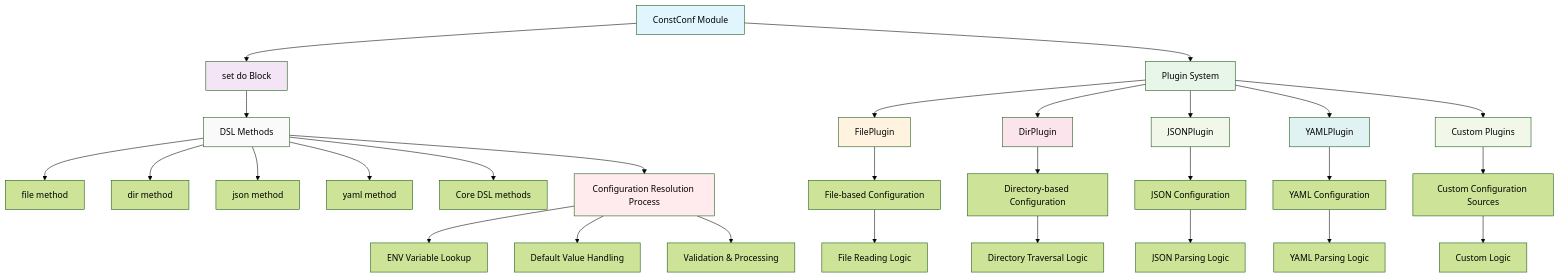
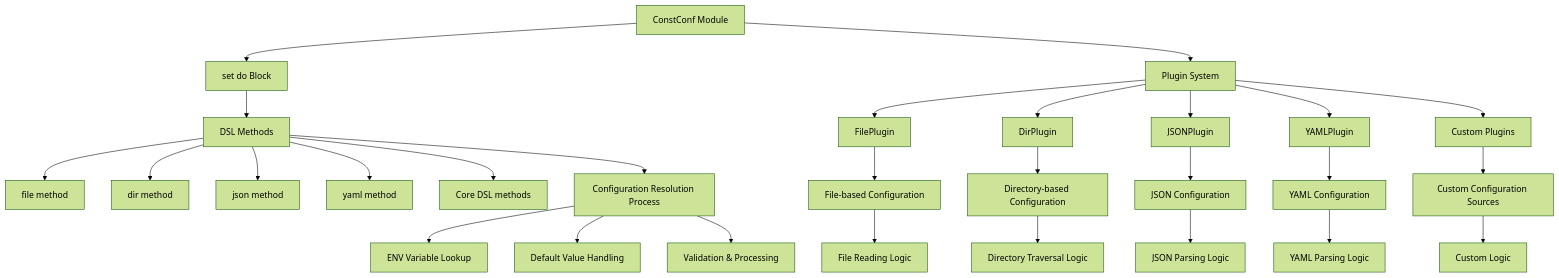
One commit to flori/const_conf changed the diagram in README.md. Above: the diagram before and after it, drawn with Mermaid (forest theme).

Commit message:
Add color to diagram node styles for better visibility
- Added `color:#07f` to all diagram node style definitions in `README.md`
- This improves text visibility on colored backgrounds in the flowchart
- Affects styling of nodes: A, B, C, D, E, F, G, H, I, Y

````diff
--- a/README.md
+++ b/README.md
@@ -217,46 +217,46 @@
 ```mermaid
 graph TD
     A[ConstConf Module] --> B[set do Block]
     A --> C[Plugin System]
 
     C --> D[FilePlugin]
     C --> E[DirPlugin]
     C --> F[JSONPlugin]
     C --> G[YAMLPlugin]
     C --> H[Custom Plugins]
 
     B --> I[DSL Methods]
     I --> J[file method]
     I --> K[dir method]
     I --> L[json method]
     I --> M[yaml method]
     I --> N[Core DSL methods]
 
     D --> O[File-based Configuration]
     E --> P[Directory-based Configuration]
     F --> Q[JSON Configuration]
     G --> R[YAML Configuration]
     H --> S[Custom Configuration Sources]
 
     O --> T[File Reading Logic]
     P --> U[Directory Traversal Logic]
     Q --> V[JSON Parsing Logic]
     R --> W[YAML Parsing Logic]
     S --> X[Custom Logic]
 
     I --> Y[Configuration Resolution Process]
     Y --> Z[ENV Variable Lookup]
     Y --> AA[Default Value Handling]
     Y --> AB[Validation & Processing]
 
-    style A fill:#e1f5fe
-    style B fill:#f3e5f5
-    style C fill:#e8f5e9
-    style D fill:#fff3e0
-    style E fill:#fce4ec
-    style F fill:#f1f8e9
-    style G fill:#e0f2f1
-    style H fill:#f1f8e9
-    style I fill:#fafafa
-    style Y fill:#ffebee
+    style A fill:#e1f5fe;color:#07f
+    style B fill:#f3e5f5;color:#07f
+    style C fill:#e8f5e9;color:#07f
+    style D fill:#fff3e0;color:#07f
+    style E fill:#fce4ec;color:#07f
+    style F fill:#f1f8e9;color:#07f
+    style G fill:#e0f2f1;color:#07f
+    style H fill:#f1f8e9;color:#07f
+    style I fill:#fafafa;color:#07f
+    style Y fill:#ffebee;color:#07f
 ```
````
